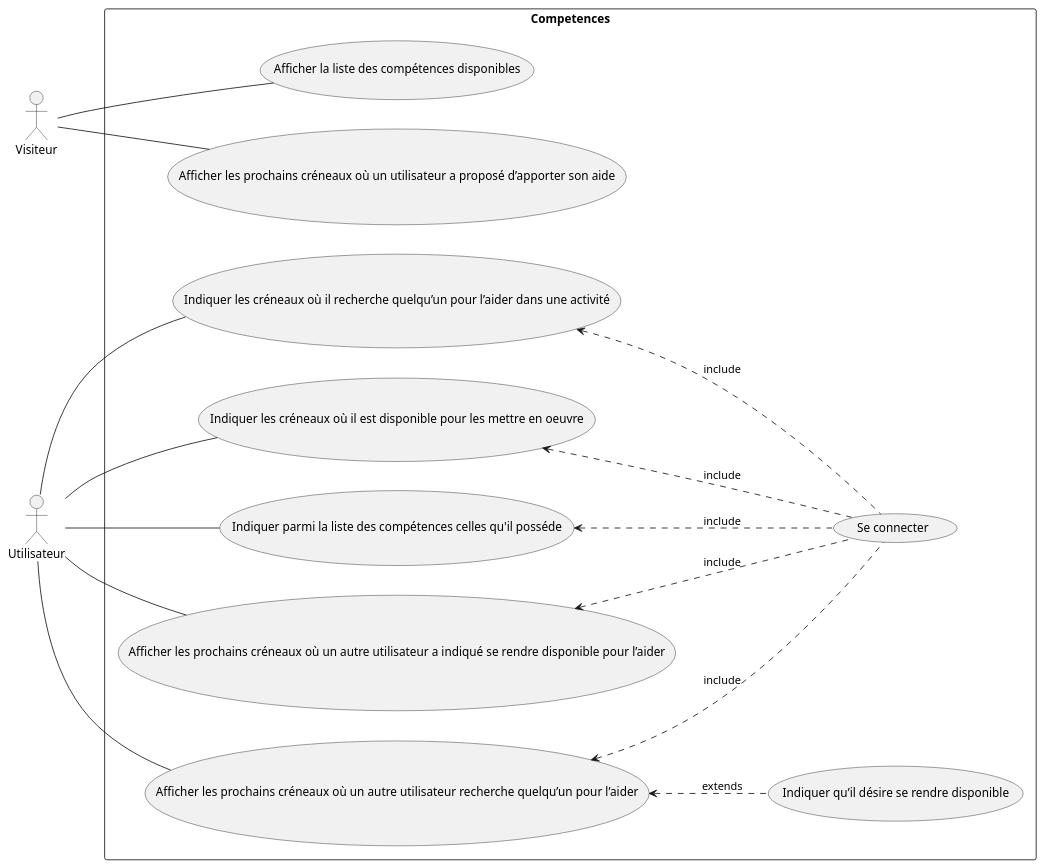
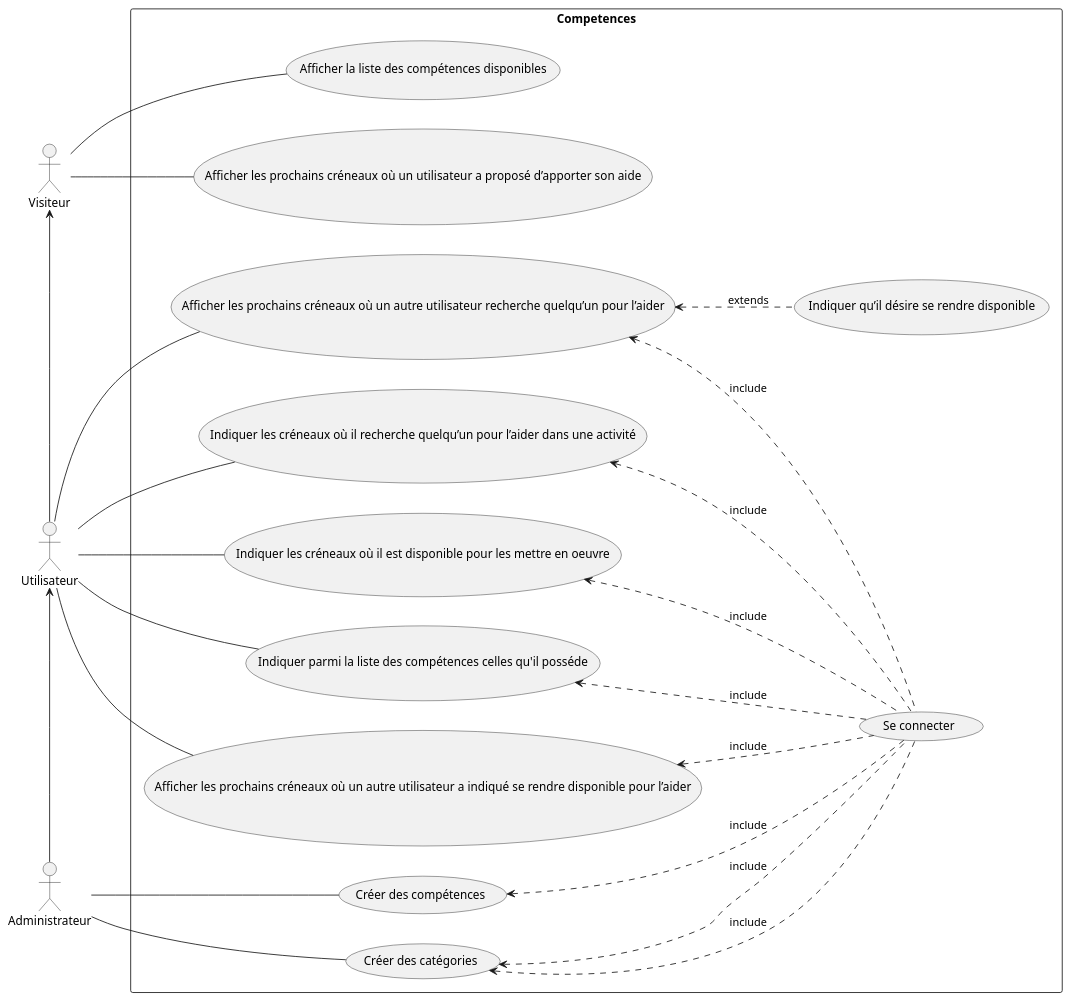
Before and after one commit to DucasseRafael91/EvalPythonDjango: the diagram in doc/uml/1-use_case/competences-use_case.puml, drawn with PlantUML. The commit also changed 2 other files, not shown here.

Commit message:
Correction du diagramme de cas d'utilisation

```diff
--- a/doc/uml/1-use_case/competences-use_case.puml
+++ b/doc/uml/1-use_case/competences-use_case.puml
@@ -1,36 +1,47 @@
 @startuml venteFormation_use_case
 
 left to right direction
 
 actor Visiteur as v
 actor Utilisateur as u
+actor Administrateur as a
+
+v <- u
+u <- a
 
 
 rectangle Competences {
   usecase "Afficher les prochains créneaux où un utilisateur a proposé d’apporter son aide" as UC1
   usecase "Afficher la liste des compétences disponibles" as UC2
   usecase "Indiquer parmi la liste des compétences celles qu'il posséde" as UC3
   usecase "Indiquer les créneaux où il est disponible pour les mettre en oeuvre" as UC4
   usecase "Indiquer les créneaux où il recherche quelqu’un pour l’aider dans une activité" as UC5
   usecase "Afficher les prochains créneaux où un autre utilisateur recherche quelqu’un pour l’aider" as UC6
   usecase "Indiquer qu’il désire se rendre disponible" as UC7
   usecase "Afficher les prochains créneaux où un autre utilisateur a indiqué se rendre disponible pour l’aider" as UC8
   usecase "Se connecter" as UC9
+  usecase "Créer des compétences" as UC10
+  usecase "Créer des catégories" as UC11
 }
 
 v -- UC1
 v -- UC2
 u -- UC3
 u -- UC4
 u -- UC5
 u -- UC6
 u -- UC8
+a -- UC10
+a -- UC11
 
  UC9 .up.> UC3 : include
  UC9 .up.> UC4 : include
  UC9 .up.> UC5 : include
  UC9 .up.> UC6 : include
  UC7 .up.> UC6 : extends
  UC9 .up.> UC8 : include
+ UC9 .up.> UC10 : include
+ UC9 .up.> UC11 : include
+ UC9 .up.> UC11 : include
 
 @enduml
```
